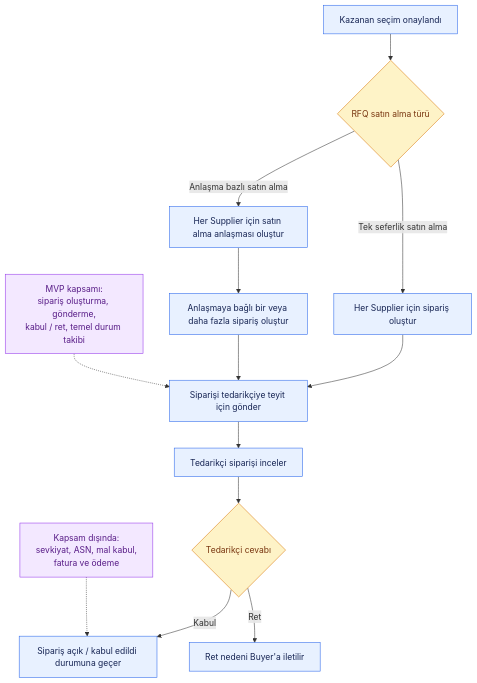
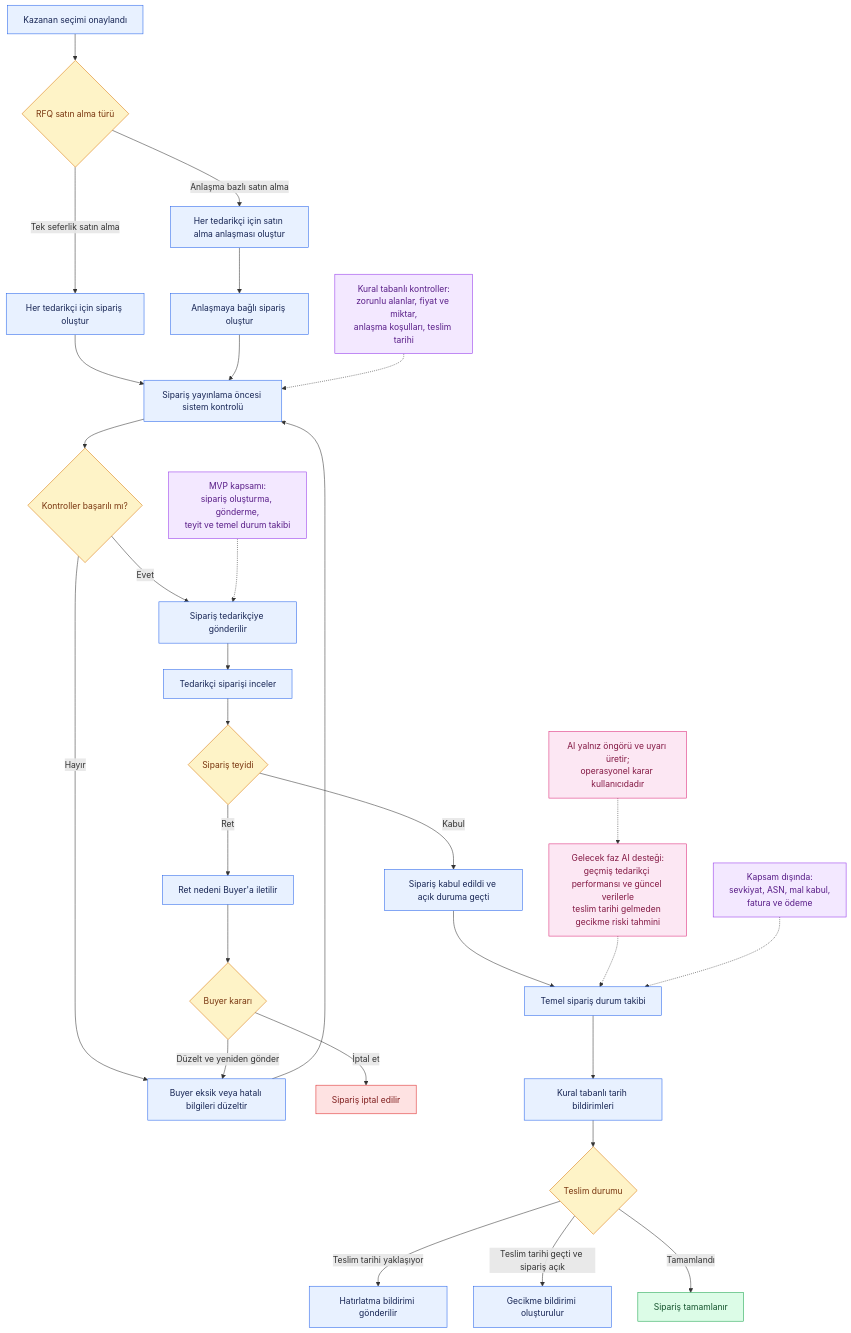
One commit to Cemalll/SupplierPortal changed the diagram in docs/flowcharts/07_anlasma_veya_siparis.mmd. Above: the diagram before and after it, drawn with Mermaid.

```diff
--- a/docs/flowcharts/07_anlasma_veya_siparis.mmd
+++ b/docs/flowcharts/07_anlasma_veya_siparis.mmd
@@ -1,25 +1,52 @@
 flowchart TD
-    A[Kazanan seçim onaylandı] --> B{RFQ satın alma türü}
+    A["Kazanan seçimi onaylandı"] --> B{"RFQ satın alma türü"}
 
-    B -->|Tek seferlik satın alma| C[Her Supplier için sipariş oluştur]
-    B -->|Anlaşma bazlı satın alma| D[Her Supplier için satın alma anlaşması oluştur]
-    D --> E[Anlaşmaya bağlı bir veya daha fazla sipariş oluştur]
+    B -->|Tek seferlik satın alma| C["Her tedarikçi için sipariş oluştur"]
+    B -->|Anlaşma bazlı satın alma| D["Her tedarikçi için satın alma anlaşması oluştur"]
+    D --> E["Anlaşmaya bağlı sipariş oluştur"]
 
-    C --> F[Siparişi tedarikçiye teyit için gönder]
+    C --> F["Sipariş yayınlama öncesi sistem kontrolü"]
     E --> F
-    F --> G[Tedarikçi siparişi inceler]
-    G --> H{Tedarikçi cevabı}
-    H -->|Kabul| I[Sipariş açık / kabul edildi durumuna geçer]
-    H -->|Ret| J[Ret nedeni Buyer'a iletilir]
 
-    K[MVP kapsamı:<br/>sipariş oluşturma, gönderme,<br/>kabul / ret, temel durum takibi]
-    L[Kapsam dışında:<br/>sevkiyat, ASN, mal kabul,<br/>fatura ve ödeme]
-    K -.-> F
-    L -.-> I
+    F --> G{"Kontroller başarılı mı?"}
+    G -->|Hayır| H["Buyer eksik veya hatalı bilgileri düzeltir"]
+    H --> F
+    G -->|Evet| I["Sipariş tedarikçiye gönderilir"]
+
+    J["Kural tabanlı kontroller:<br/>zorunlu alanlar, fiyat ve miktar,<br/>anlaşma koşulları, teslim tarihi"] -.-> F
+
+    I --> K["Tedarikçi siparişi inceler"]
+    K --> L{"Sipariş teyidi"}
+
+    L -->|Kabul| M["Sipariş kabul edildi ve açık duruma geçti"]
+    L -->|Ret| N["Ret nedeni Buyer'a iletilir"]
+    N --> O{"Buyer kararı"}
+    O -->|Düzelt ve yeniden gönder| H
+    O -->|İptal et| P["Sipariş iptal edilir"]
+
+    M --> Q["Temel sipariş durum takibi"]
+    Q --> R["Kural tabanlı tarih bildirimleri"]
+    R --> S{"Teslim durumu"}
+    S -->|Teslim tarihi yaklaşıyor| T["Hatırlatma bildirimi gönderilir"]
+    S -->|Teslim tarihi geçti ve sipariş açık| U["Gecikme bildirimi oluşturulur"]
+    S -->|Tamamlandı| V["Sipariş tamamlanır"]
+
+    W["Gelecek faz AI desteği:<br/>geçmiş tedarikçi performansı ve güncel verilerle<br/>teslim tarihi gelmeden gecikme riski tahmini"] -.-> Q
+    X["AI yalnız öngörü ve uyarı üretir;<br/>operasyonel karar kullanıcıdadır"] -.-> W
+
+    Y["MVP kapsamı:<br/>sipariş oluşturma, gönderme,<br/>teyit ve temel durum takibi"] -.-> I
+    Z["Kapsam dışında:<br/>sevkiyat, ASN, mal kabul,<br/>fatura ve ödeme"] -.-> Q
 
     classDef process fill:#E8F1FF,stroke:#2563EB,color:#172554
     classDef decision fill:#FEF3C7,stroke:#D97706,color:#78350F
-    classDef note fill:#F3E8FF,stroke:#9333EA,color:#581C87
-    class A,C,D,E,F,G,I,J process
-    class B,H decision
-    class K,L note
+    classDef rule fill:#F3E8FF,stroke:#9333EA,color:#581C87
+    classDef ai fill:#FCE7F3,stroke:#DB2777,color:#831843
+    classDef success fill:#DCFCE7,stroke:#16A34A,color:#14532D
+    classDef reject fill:#FEE2E2,stroke:#DC2626,color:#7F1D1D
+
+    class A,C,D,E,F,H,I,K,M,N,Q,R,T,U process
+    class B,G,L,O,S decision
+    class J,Y,Z rule
+    class W,X ai
+    class V success
+    class P reject
```
